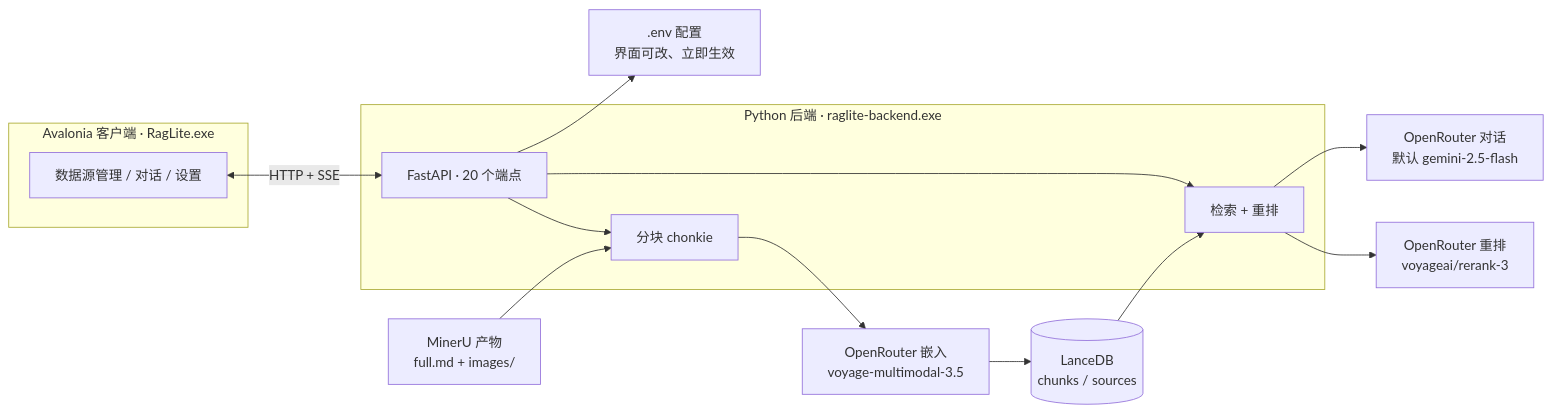
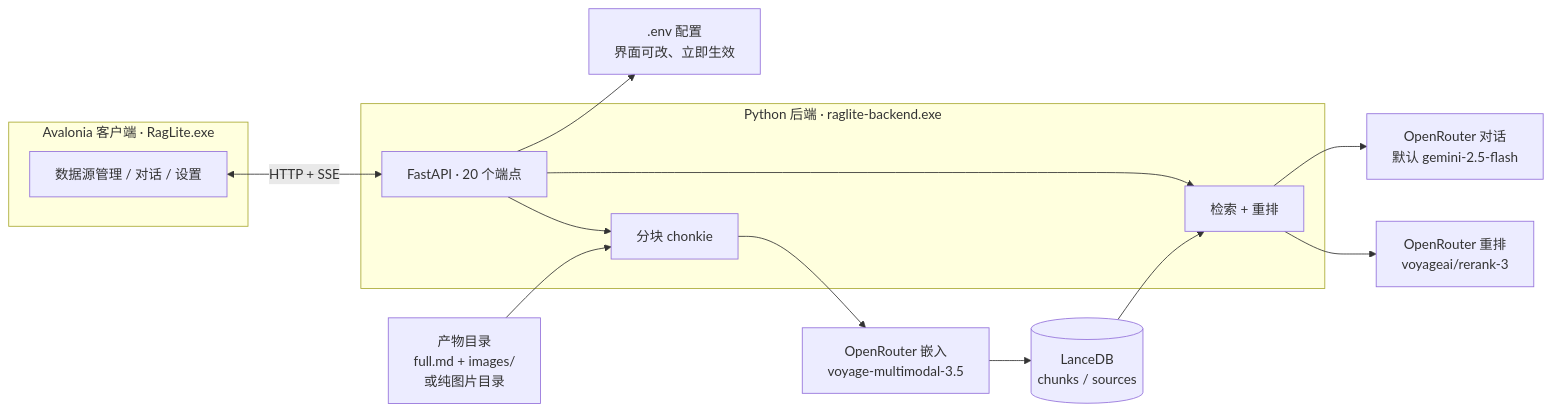
The diagram in README.md (Wit-2k/rag-lite), drawn with Mermaid before and after one commit. The commit also changed other lines of this file and 17 other files, not shown here.

First line of the commit message:
feat(images): 支持纯图片数据源与多模态问答，发布 0.3.0

````diff
--- a/README.md
+++ b/README.md
@@ -21,21 +21,21 @@
 ```mermaid
 flowchart LR
-  MinerU["MinerU 产物<br/>full.md + images/"] --> CH
+  MinerU["产物目录<br/>full.md + images/<br/>或纯图片目录"] --> CH
   subgraph CLIENT["Avalonia 客户端 · RagLite.exe"]
     UI["数据源管理 / 对话 / 设置"]
   end
   subgraph SERVER["Python 后端 · raglite-backend.exe"]
     API["FastAPI · 20 个端点"]
     CH["分块 chonkie"]
     PIPE["检索 + 重排"]
   end
   UI <-->|"HTTP + SSE"| API
   API --> CH
   API --> PIPE
   CH --> EMB["OpenRouter 嵌入<br/>voyage-multimodal-3.5"]
   PIPE --> RR["OpenRouter 重排<br/>voyageai/rerank-3"]
   PIPE --> CHAT["OpenRouter 对话<br/>默认 gemini-2.5-flash"]
   EMB --> DB[("LanceDB<br/>chunks / sources")]
   DB --> PIPE
   API --> ENV[".env 配置<br/>界面可改、立即生效"]
 ```
````
